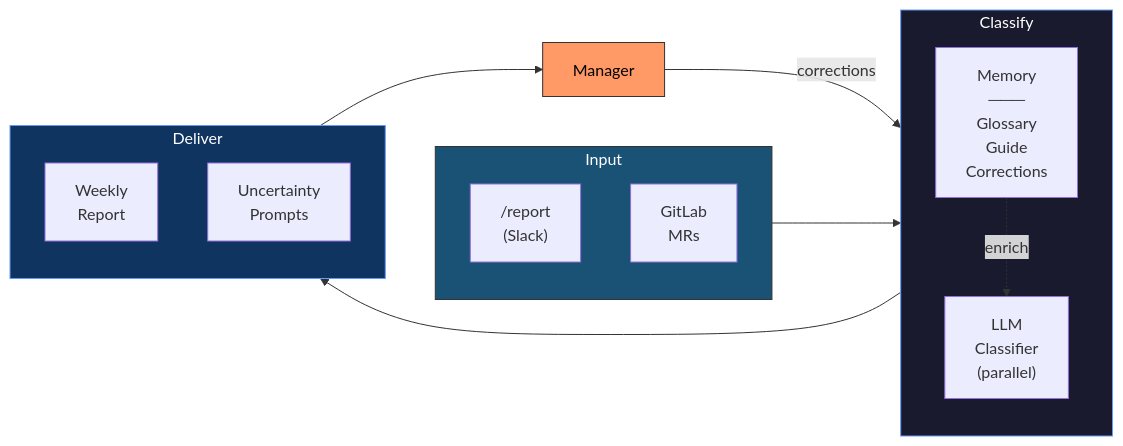
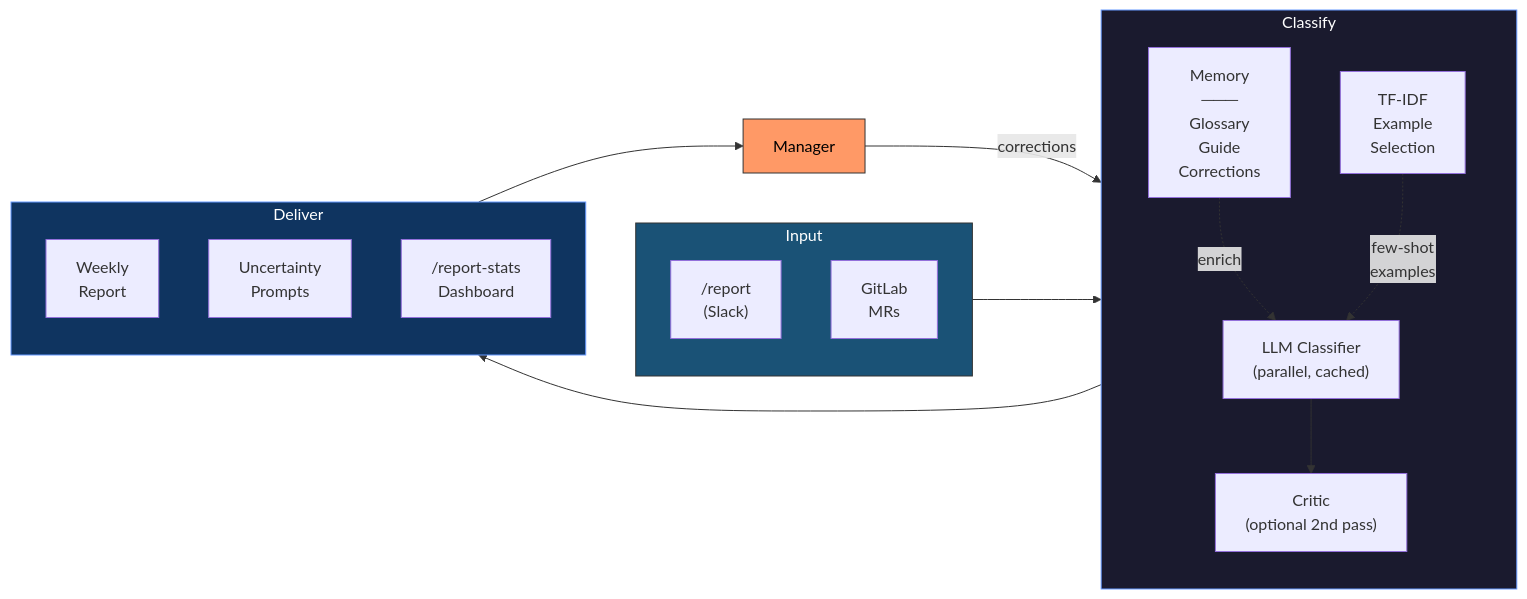
The diagram in README.md (WZ/reportbot), drawn with Mermaid before and after one commit. The commit also changed other lines of this file and 5 other files, not shown here.

First line of the commit message:
docs: update diagrams and docs for prompt caching, TF-IDF, critic loop, /report-stats

````diff
--- a/README.md
+++ b/README.md
@@ -37,34 +42,39 @@
 ```mermaid
 flowchart LR
     subgraph Input["Input"]
         direction TB
         DEV["/report<br>(Slack)"]
         GL["GitLab<br>MRs"]
     end
 
     subgraph Classify["Classify"]
         direction TB
         MEM["Memory<br>───<br>Glossary<br>Guide<br>Corrections"]
-        LLM["LLM<br>Classifier<br>(parallel)"]
+        TFIDF["TF-IDF<br>Example<br>Selection"]
+        LLM["LLM Classifier<br>(parallel, cached)"]
+        CRITIC["Critic<br>(optional 2nd pass)"]
         MEM -.->|enrich| LLM
+        TFIDF -.->|"few-shot<br>examples"| LLM
+        LLM --> CRITIC
     end
 
     subgraph Deliver["Deliver"]
         direction TB
         RPT["Weekly<br>Report"]
         UNC["Uncertainty<br>Prompts"]
+        STATS["/report-stats<br>Dashboard"]
     end
 
     MGR["Manager"]
 
     Input --> LLM
-    LLM --> Deliver
+    CRITIC --> Deliver
     Deliver --> MGR
 
     MGR -->|"corrections"| MEM
 
     style Input fill:#1a5276,stroke:#333,color:#fff
     style Classify fill:#1a1a2e,stroke:#69f,color:#fff
     style Deliver fill:#0f3460,stroke:#69f,color:#fff
     style MGR fill:#f96,stroke:#333,color:#000
 ```
````
